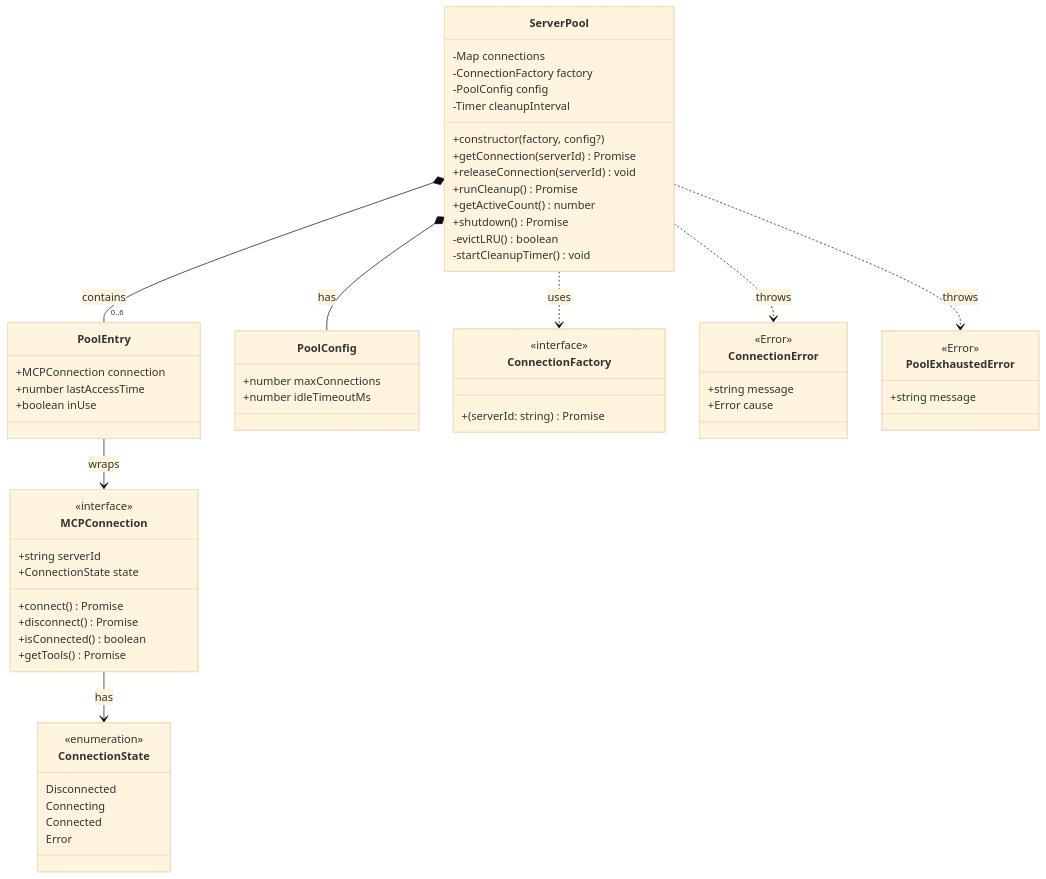
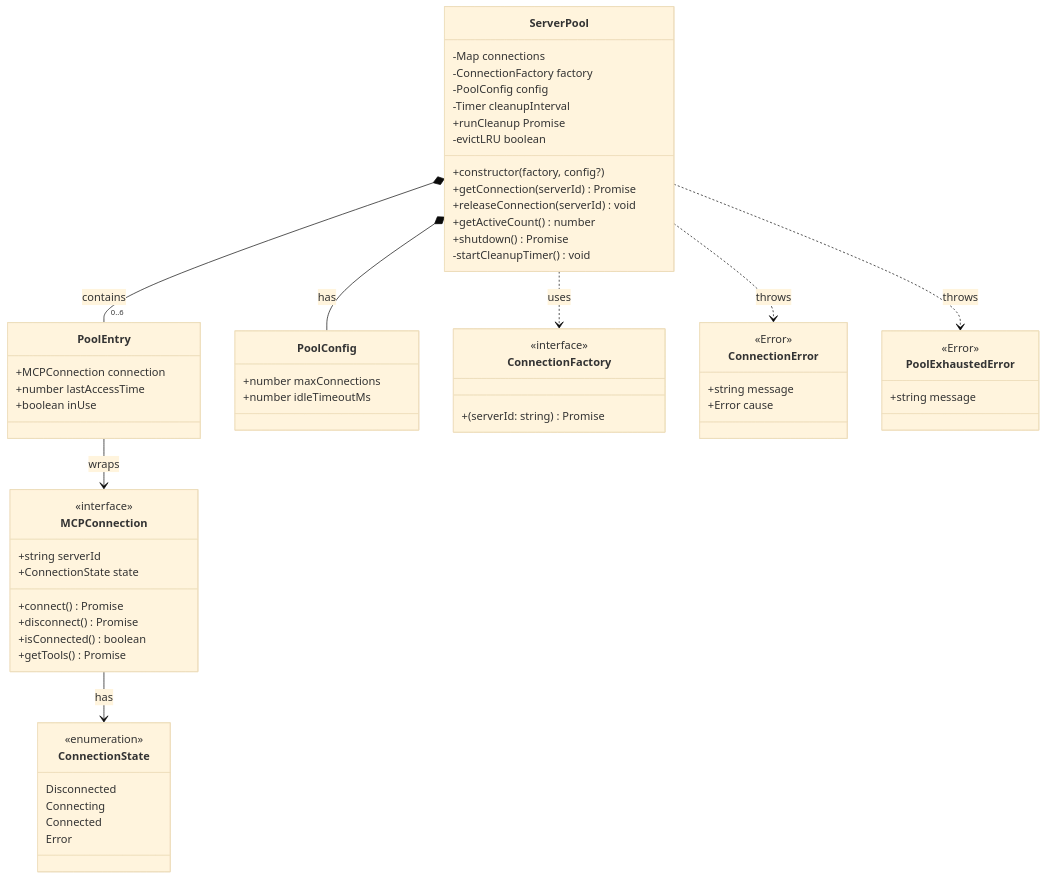
The first of 12 diagrams in projects/meta-mcp-server/docs/diagrams/05-server-pool-architecture.md (blueman82/mcp-exec), drawn with Mermaid (base theme) before and after one commit. The commit also changed other lines of this file and 2 other files, not shown here.

First line of the commit message:
fix: Remove function call parentheses from Mermaid node labels

````diff
--- a/projects/meta-mcp-server/docs/diagrams/05-server-pool-architecture.md
+++ b/projects/meta-mcp-server/docs/diagrams/05-server-pool-architecture.md
@@ -7,70 +7,70 @@
 ```mermaid
 classDiagram
     class ServerPool {
         -Map<string,PoolEntry> connections
         -ConnectionFactory factory
         -PoolConfig config
         -Timer cleanupInterval
         +constructor(factory, config?)
         +getConnection(serverId) Promise<MCPConnection>
         +releaseConnection(serverId) void
-        +runCleanup() Promise<void>
+        +runCleanup Promise<void>
         +getActiveCount() number
         +shutdown() Promise<void>
-        -evictLRU() boolean
+        -evictLRU boolean
         -startCleanupTimer() void
     }
 
     class PoolEntry {
         +MCPConnection connection
         +number lastAccessTime
         +boolean inUse
     }
 
     class PoolConfig {
         +number maxConnections
         +number idleTimeoutMs
     }
 
     class ConnectionFactory {
         <<interface>>
         +(serverId: string) Promise<MCPConnection>
     }
 
     class MCPConnection {
         <<interface>>
         +string serverId
         +ConnectionState state
         +connect() Promise<void>
         +disconnect() Promise<void>
         +isConnected() boolean
         +getTools() Promise<ToolDefinition[]>
     }
 
     class ConnectionState {
         <<enumeration>>
         Disconnected
         Connecting
         Connected
         Error
     }
 
     class ConnectionError {
         <<Error>>
         +string message
         +Error cause
     }
 
     class PoolExhaustedError {
         <<Error>>
         +string message
     }
 
     ServerPool *-- "0..6" PoolEntry : contains
     ServerPool ..> ConnectionFactory : uses
     ServerPool *-- PoolConfig : has
     ServerPool ..> ConnectionError : throws
     ServerPool ..> PoolExhaustedError : throws
     PoolEntry --> MCPConnection : wraps
     MCPConnection --> ConnectionState : has
 ```
````
